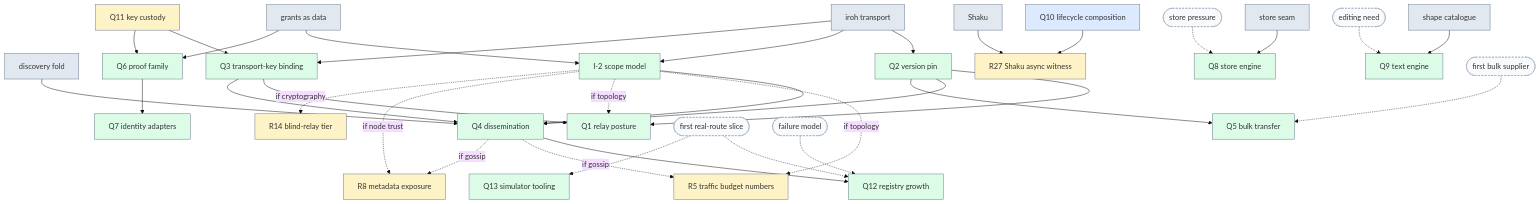
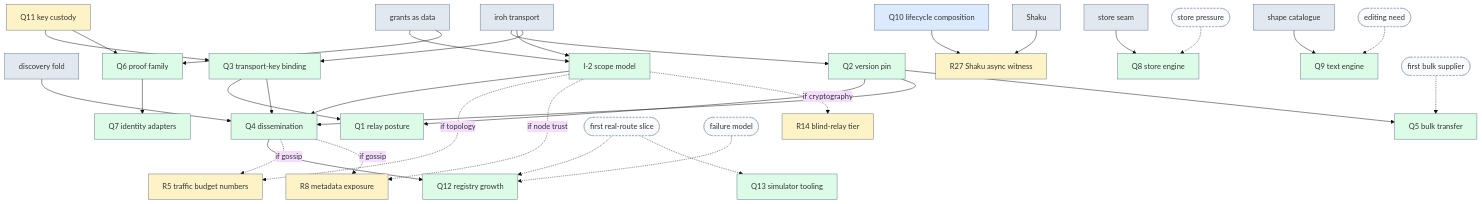
Before and after one commit to owebeeone/glade-wz: the diagram in dev-docs/GladeDecisionGraph.md, drawn with Mermaid (base theme). The commit also changed other lines of this file and 1 other file, not shown here.

````diff
--- a/dev-docs/GladeDecisionGraph.md
+++ b/dev-docs/GladeDecisionGraph.md
@@ -66,75 +65,74 @@
 ```mermaid
 flowchart TB
   classDef decided fill:#e2e8f0,stroke:#64748b
   classDef lean fill:#dcfce7,stroke:#64748b
   classDef open fill:#fef3c7,stroke:#64748b
   classDef directed fill:#dbeafe,stroke:#64748b
   classDef gate fill:#f8fafc,stroke:#94a3b8,stroke-dasharray: 4 3
 
   IrohTransport[iroh transport]:::decided
   DiscoveryFold[discovery fold]:::decided
   GrantsAsData[grants as data]:::decided
   StoreSeam[store seam]:::decided
   ShapeCatalogue[shape catalogue]:::decided
   Shaku[Shaku]:::decided
 
   KeyCustody[Q11 key custody]:::open
   Lifecycle[Q10 lifecycle composition]:::directed
   ScopeModel[I-2 scope model]:::lean
   VersionPin[Q2 version pin]:::lean
   Binding[Q3 transport-key binding]:::lean
   Proof[Q6 proof family]:::lean
   Witness[R27 Shaku async witness]:::open
   Relay[Q1 relay posture]:::lean
   Dissemination[Q4 dissemination]:::lean
   Identity[Q7 identity adapters]:::lean
   Bulk[Q5 bulk transfer]:::lean
   Store[Q8 store engine]:::lean
   Text[Q9 text engine]:::lean
   Registry[Q12 registry growth]:::lean
   Sim[Q13 simulator tooling]:::lean
   Budgets[R5 traffic budget numbers]:::open
   Metadata[R8 metadata exposure]:::open
   Blind[R14 blind-relay tier]:::open
 
   FirstBulk([first bulk supplier]):::gate
   Pressure([store pressure]):::gate
   Editing([editing need]):::gate
   Slice([first real-route slice]):::gate
   Failure([failure model]):::gate
 
   IrohTransport --> VersionPin
   IrohTransport --> ScopeModel
   GrantsAsData --> ScopeModel
   IrohTransport --> Binding
   KeyCustody --> Binding
   KeyCustody --> Proof
   GrantsAsData --> Proof
   Lifecycle --> Witness
   Shaku --> Witness
   Binding --> Relay
   VersionPin --> Relay
   ScopeModel --> Dissemination
   Binding --> Dissemination
   VersionPin --> Dissemination
   DiscoveryFold --> Dissemination
   Proof --> Identity
   VersionPin --> Bulk
   StoreSeam --> Store
   ShapeCatalogue --> Text
   Dissemination --> Registry
 
   FirstBulk -.-> Bulk
   Pressure -.-> Store
   Editing -.-> Text
   Failure -.-> Registry
   Slice -.-> Registry
   Slice -.-> Sim
 
   ScopeModel -. if topology .-> Budgets
-  ScopeModel -. if topology .-> Relay
   ScopeModel -. if node trust .-> Metadata
   ScopeModel -. if cryptography .-> Blind
   Dissemination -. if gossip .-> Budgets
   Dissemination -. if gossip .-> Metadata
 ```
````
